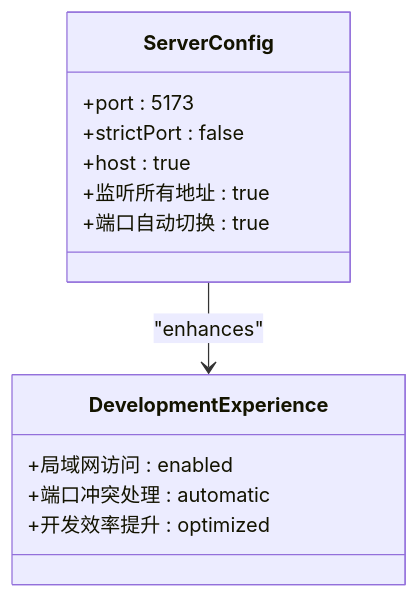
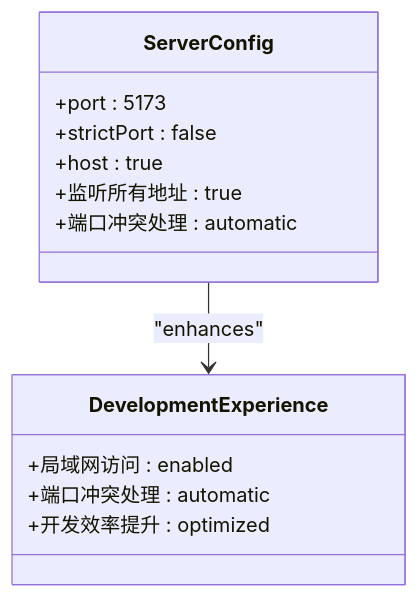
Before and after one commit to xianjianshenqu/SalesFlow-CRM: the sixth of 11 diagrams in .qoder/repowiki/zh/content/开发指南/Vite构建配置.md, drawn with Mermaid. The commit also changed other lines of this file and 19 other files, not shown here.

````diff
--- a/.qoder/repowiki/zh/content/开发指南/Vite构建配置.md
+++ b/.qoder/repowiki/zh/content/开发指南/Vite构建配置.md
@@ -245,16 +245,16 @@
 ```mermaid
 classDiagram
 class ServerConfig {
 +port : 5173
 +strictPort : false
 +host : true
 +监听所有地址 : true
-+端口自动切换 : true
++端口冲突处理 : automatic
 }
 class DevelopmentExperience {
 +局域网访问 : enabled
 +端口冲突处理 : automatic
 +开发效率提升 : optimized
 }
 ServerConfig --> DevelopmentExperience : "enhances"
 ```
````
